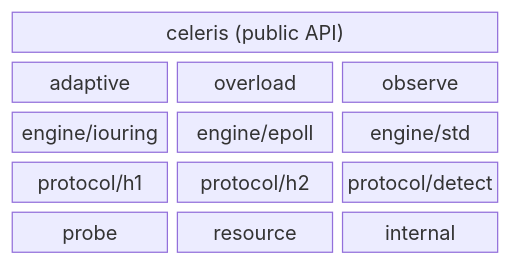
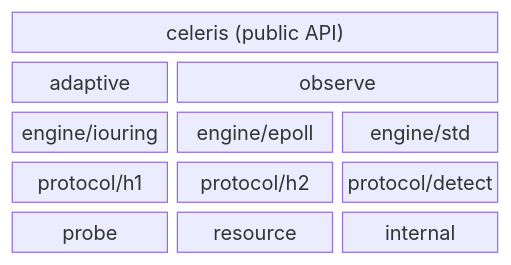
Before and after one commit to goceleris/celeris: the diagram in README.md, drawn with Mermaid. The commit also changed other lines of this file and 75 other files, not shown here.

````diff
--- a/README.md
+++ b/README.md
@@ -40,9 +39,9 @@
 ```mermaid
 block-beta
   columns 3
   A["celeris (public API)"]:3
-  B["adaptive"]:1 C["overload"]:1 D["observe"]:1
+  B["adaptive"]:1 C["observe"]:2
   E["engine/iouring"]:1 F["engine/epoll"]:1 G["engine/std"]:1
   H["protocol/h1"]:1 I["protocol/h2"]:1 J["protocol/detect"]:1
   K["probe"]:1 L["resource"]:1 M["internal"]:1
 ```
````
